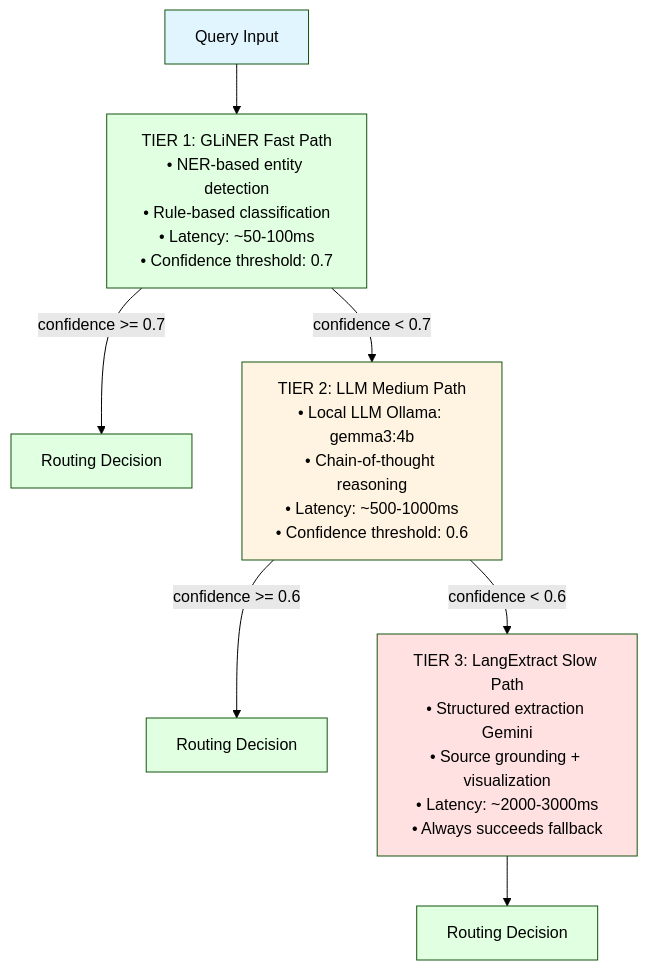
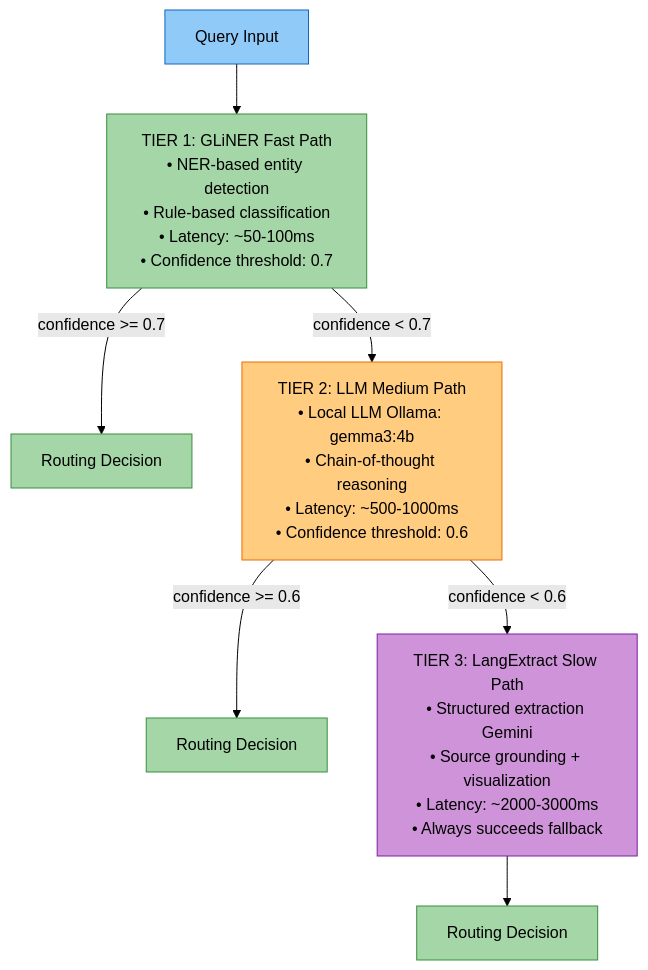
The first of 4 diagrams in docs/modules/routing.md (amit-jain/cogniverse), drawn with Mermaid (forest theme) before and after one commit. The commit also changed other lines of this file and 83 other files, not shown here.

First line of the commit message:
Fix documentation veracity, formatting, and diagrams across all modules

````diff
--- a/docs/modules/routing.md
+++ b/docs/modules/routing.md
@@ -58,20 +64,20 @@
 ```mermaid
-graph TB
-    QueryInput[Query Input] --> Tier1[TIER 1: GLiNER Fast Path<br/>• NER-based entity detection<br/>• Rule-based classification<br/>• Latency: ~50-100ms<br/>• Confidence threshold: 0.7]
+flowchart TB
+    QueryInput["<span style='color:#000'>Query Input</span>"] --> Tier1["<span style='color:#000'>TIER 1: GLiNER Fast Path<br/>• NER-based entity detection<br/>• Rule-based classification<br/>• Latency: ~50-100ms<br/>• Confidence threshold: 0.7</span>"]
 
-    Tier1 -->|confidence >= 0.7| Decision1[Routing Decision]
-    Tier1 -->|confidence < 0.7| Tier2[TIER 2: LLM Medium Path<br/>• Local LLM Ollama: gemma3:4b<br/>• Chain-of-thought reasoning<br/>• Latency: ~500-1000ms<br/>• Confidence threshold: 0.6]
+    Tier1 -->|confidence >= 0.7| Decision1["<span style='color:#000'>Routing Decision</span>"]
+    Tier1 -->|confidence < 0.7| Tier2["<span style='color:#000'>TIER 2: LLM Medium Path<br/>• Local LLM Ollama: gemma3:4b<br/>• Chain-of-thought reasoning<br/>• Latency: ~500-1000ms<br/>• Confidence threshold: 0.6</span>"]
 
-    Tier2 -->|confidence >= 0.6| Decision2[Routing Decision]
-    Tier2 -->|confidence < 0.6| Tier3[TIER 3: LangExtract Slow Path<br/>• Structured extraction Gemini<br/>• Source grounding + visualization<br/>• Latency: ~2000-3000ms<br/>• Always succeeds fallback]
+    Tier2 -->|confidence >= 0.6| Decision2["<span style='color:#000'>Routing Decision</span>"]
+    Tier2 -->|confidence < 0.6| Tier3["<span style='color:#000'>TIER 3: LangExtract Slow Path<br/>• Structured extraction Gemini<br/>• Source grounding + visualization<br/>• Latency: ~2000-3000ms<br/>• Always succeeds fallback</span>"]
 
-    Tier3 --> Decision3[Routing Decision]
+    Tier3 --> Decision3["<span style='color:#000'>Routing Decision</span>"]
 
-    style QueryInput fill:#e1f5ff
-    style Tier1 fill:#e1ffe1
-    style Tier2 fill:#fff4e1
-    style Tier3 fill:#ffe1e1
-    style Decision1 fill:#e1ffe1
-    style Decision2 fill:#e1ffe1
-    style Decision3 fill:#e1ffe1
+    style QueryInput fill:#90caf9,stroke:#1565c0,color:#000
+    style Tier1 fill:#a5d6a7,stroke:#388e3c,color:#000
+    style Tier2 fill:#ffcc80,stroke:#ef6c00,color:#000
+    style Tier3 fill:#ce93d8,stroke:#7b1fa2,color:#000
+    style Decision1 fill:#a5d6a7,stroke:#388e3c,color:#000
+    style Decision2 fill:#a5d6a7,stroke:#388e3c,color:#000
+    style Decision3 fill:#a5d6a7,stroke:#388e3c,color:#000
 ```
````
